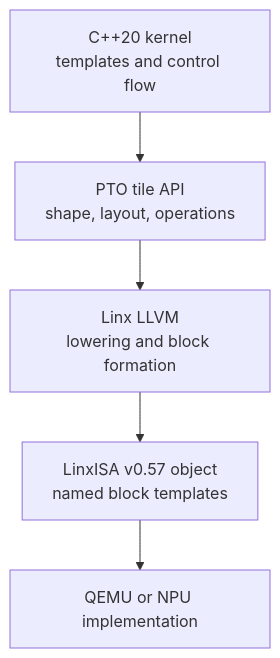
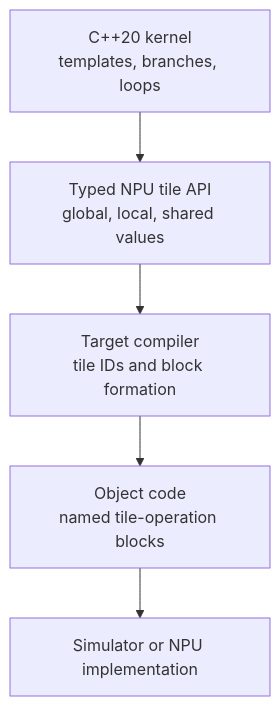
Before and after one commit to PTO-ISA/SuperNPUBench: the diagram in docs/start/overview.md, drawn with Mermaid. The commit also changed other lines of this file and 277 other files, not shown here.

````diff
--- a/docs/start/overview.md
+++ b/docs/start/overview.md
@@ -11,7 +9,7 @@
 ```mermaid
 flowchart TD
-    A["C++20 kernel<br/>templates and control flow"] --> B["PTO tile API<br/>shape, layout, operations"]
-    B --> C["Linx LLVM<br/>lowering and block formation"]
-    C --> D["LinxISA v0.57 object<br/>named block templates"]
-    D --> E["QEMU or NPU implementation"]
+    A["C++20 kernel<br/>templates, branches, loops"] --> B["Typed NPU tile API<br/>global, local, shared values"]
+    B --> C["Target compiler<br/>tile IDs and block formation"]
+    C --> D["Object code<br/>named tile-operation blocks"]
+    D --> E["Simulator or NPU implementation"]
 ```
````
